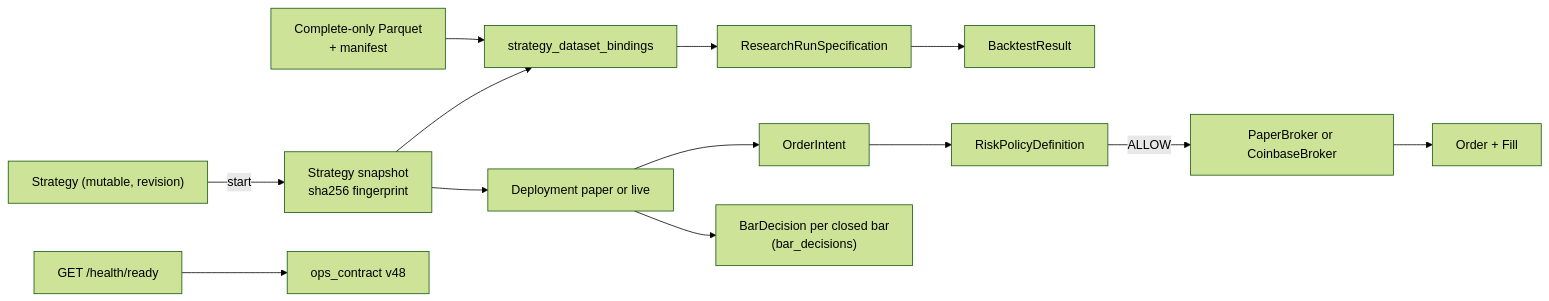
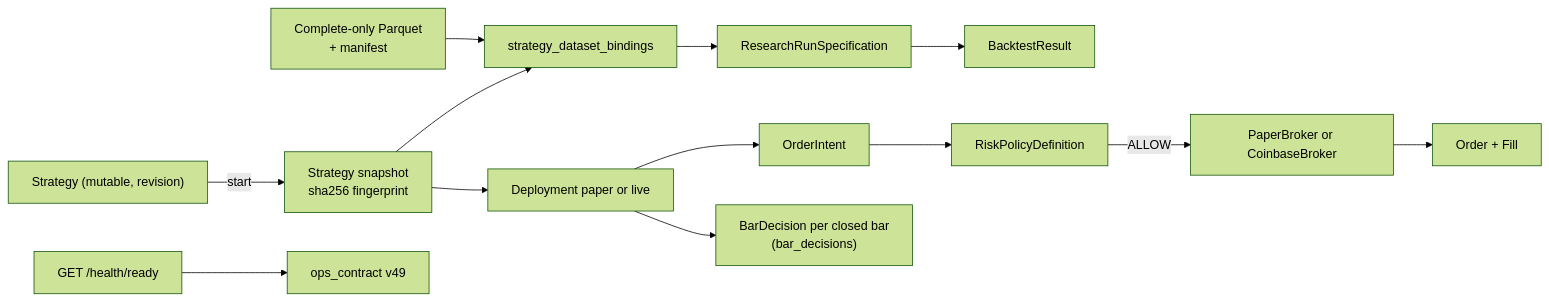
Before and after one commit to Zoltesh/thytrader: the diagram in docs/architecture/contracts/README.md, drawn with Mermaid (forest theme). The commit also changed 67 other files, not shown here.

````diff
--- a/docs/architecture/contracts/README.md
+++ b/docs/architecture/contracts/README.md
@@ -20,15 +20,15 @@
 ```mermaid
 flowchart LR
   Draft["Strategy (mutable, revision)"] -->|start| Published["Strategy snapshot\nsha256 fingerprint"]
   Dataset["Complete-only Parquet\n+ manifest"] --> Binding["strategy_dataset_bindings"]
   Published --> Binding
   Binding --> RunSpec["ResearchRunSpecification"]
   RunSpec --> Result["BacktestResult"]
   Published --> Deploy["Deployment paper or live"]
   Deploy --> Intent["OrderIntent"]
   Intent --> Risk["RiskPolicyDefinition"]
   Risk -->|ALLOW| Broker["PaperBroker or CoinbaseBroker"]
   Broker --> Order["Order + Fill"]
   Deploy --> Decision["BarDecision per closed bar\n(bar_decisions)"]
-  Health["GET /health/ready"] --> Ops["ops_contract v48"]
+  Health["GET /health/ready"] --> Ops["ops_contract v49"]
 ```
````
